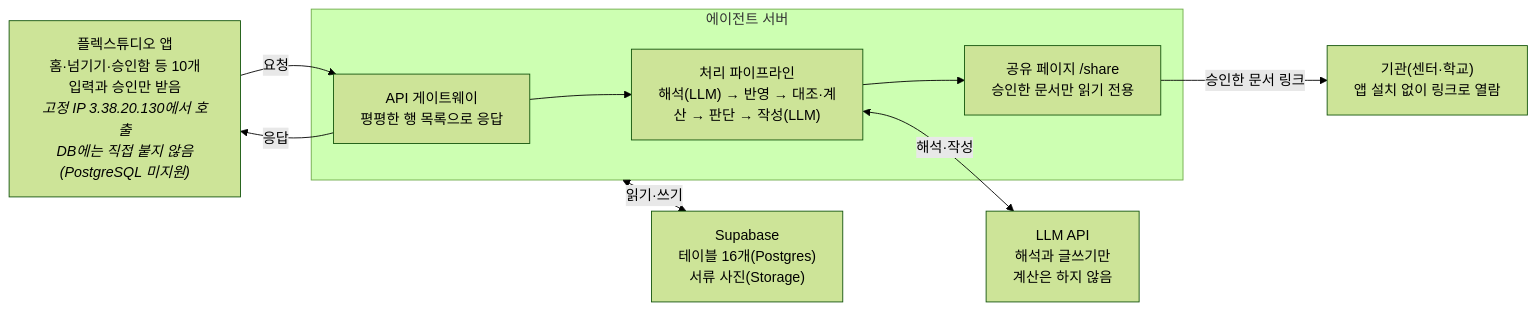
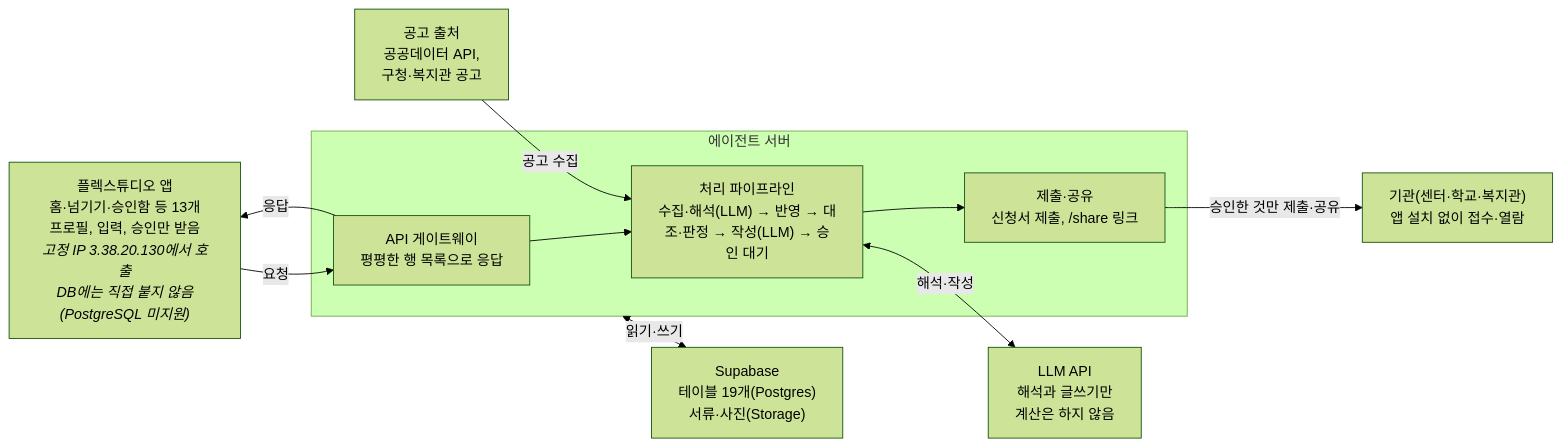
One commit to NiceTry3675/Individual-Resource-Planning-for-Kids changed the diagram in 아이-한-장-MVP-스펙.md. Above: the diagram before and after it, drawn with Mermaid (forest theme). The commit also changed other lines of this file and 1 other file, not shown here.

````diff
--- a/아이-한-장-MVP-스펙.md
+++ b/아이-한-장-MVP-스펙.md
@@ -41,18 +41,20 @@
 ```mermaid
 flowchart LR
-    APP["플렉스튜디오 앱<br/>홈·넘기기·승인함 등 10개<br/>입력과 승인만 받음<br/><i>고정 IP 3.38.20.130에서 호출<br/>DB에는 직접 붙지 않음(PostgreSQL 미지원)</i>"]
+    APP["플렉스튜디오 앱<br/>홈·넘기기·승인함 등 13개<br/>프로필, 입력, 승인만 받음<br/><i>고정 IP 3.38.20.130에서 호출<br/>DB에는 직접 붙지 않음(PostgreSQL 미지원)</i>"]
     subgraph SERVER["에이전트 서버"]
         GW["API 게이트웨이<br/>평평한 행 목록으로 응답"]
-        PIPE["처리 파이프라인<br/>해석(LLM) → 반영 → 대조·계산 → 판단 → 작성(LLM)"]
-        SHARE["공유 페이지 /share<br/>승인한 문서만 읽기 전용"]
-        GW --> PIPE --> SHARE
+        PIPE["처리 파이프라인<br/>수집·해석(LLM) → 반영 → 대조·판정 → 작성(LLM) → 승인 대기"]
+        OUT["제출·공유<br/>신청서 제출, /share 링크"]
+        GW --> PIPE --> OUT
     end
+    SRC["공고 출처<br/>공공데이터 API,<br/>구청·복지관 공고"]
     LLM["LLM API<br/>해석과 글쓰기만<br/>계산은 하지 않음"]
-    DB["Supabase<br/>테이블 16개(Postgres)<br/>서류 사진(Storage)"]
-    ORG["기관(센터·학교)<br/>앱 설치 없이 링크로 열람"]
+    DB["Supabase<br/>테이블 19개(Postgres)<br/>서류·사진(Storage)"]
+    ORG["기관(센터·학교·복지관)<br/>앱 설치 없이 접수·열람"]
     APP -- "요청" --> GW
     GW -- "응답" --> APP
+    SRC -- "공고 수집" --> PIPE
     PIPE <-- "해석·작성" --> LLM
     SERVER <-- "읽기·쓰기" --> DB
-    SHARE -- "승인한 문서 링크" --> ORG
+    OUT -- "승인한 것만 제출·공유" --> ORG
 ```
````
